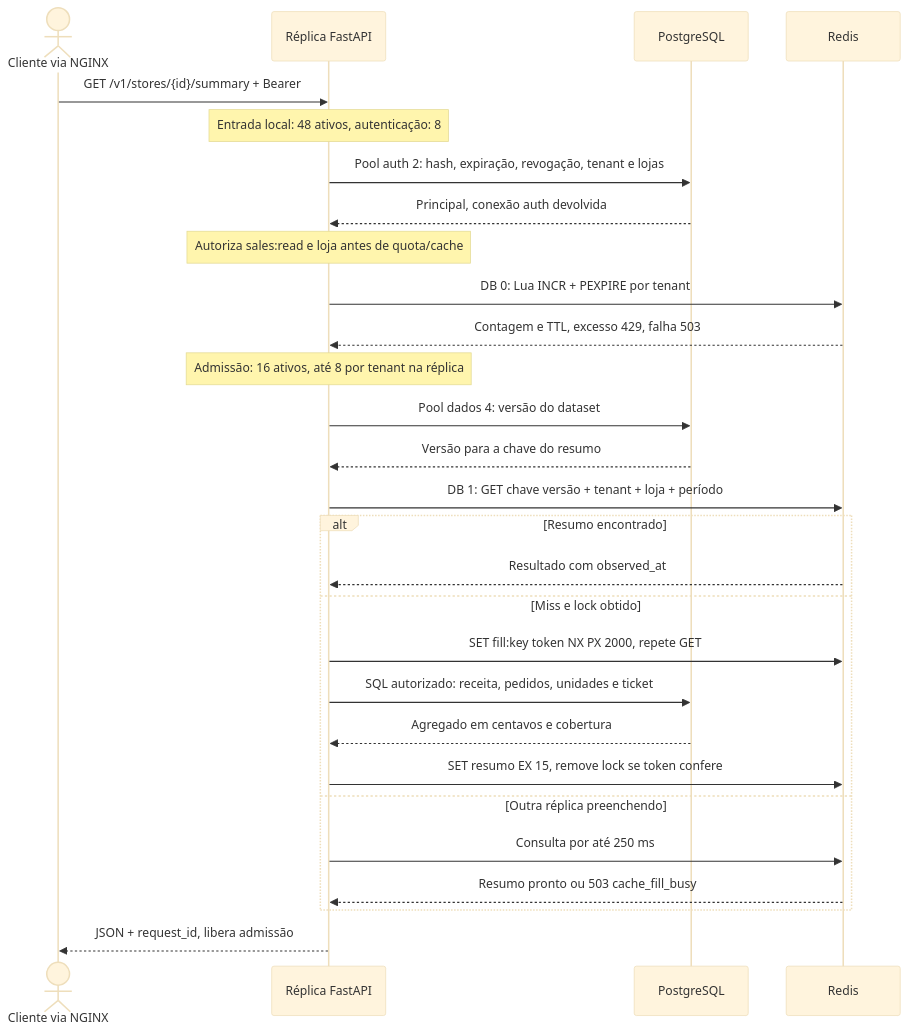
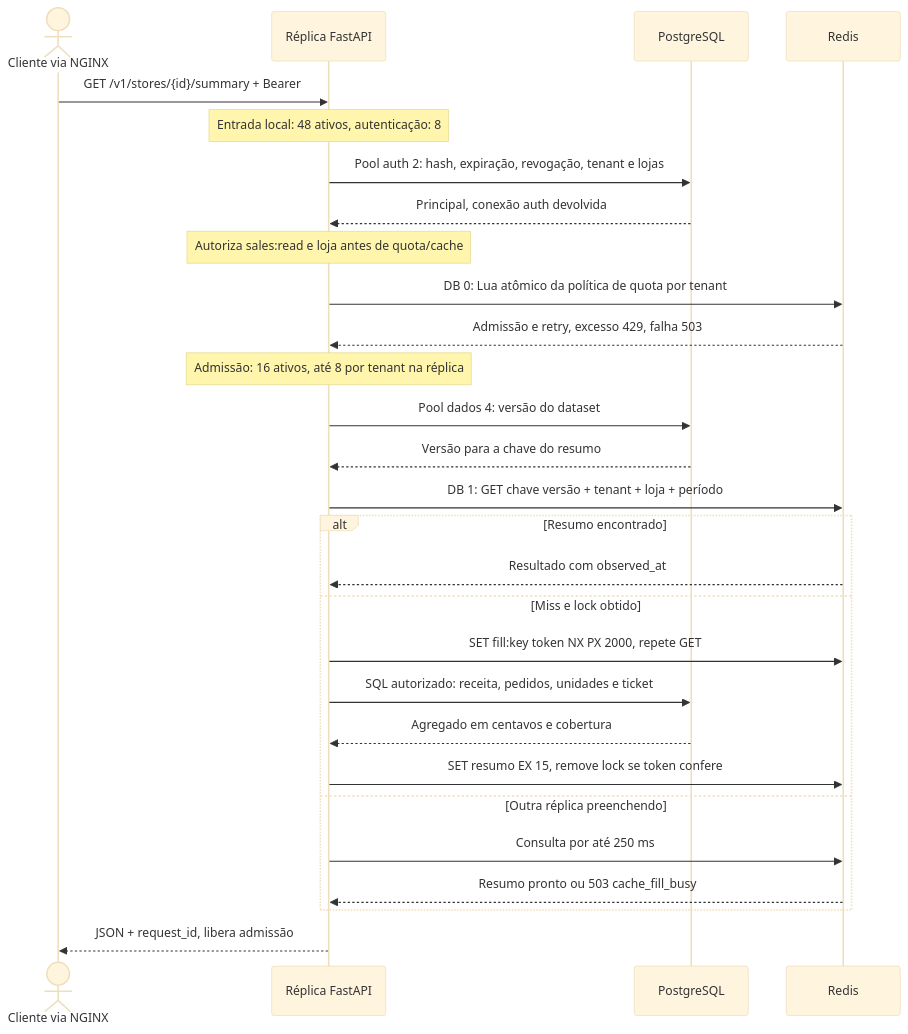
One commit to arthurjoanes/api-sentinel changed the first of 2 diagrams in docs/architecture.md. Above: the diagram before and after it, drawn with Mermaid (base theme). The commit also changed other lines of this file and 17 other files, not shown here.

````diff
--- a/docs/architecture.md
+++ b/docs/architecture.md
@@ -13,30 +13,30 @@
 ```mermaid
 sequenceDiagram
   actor C as Cliente via NGINX
   participant A as Réplica FastAPI
   participant D as PostgreSQL
   participant R as Redis
   C->>A: GET /v1/stores/{id}/summary + Bearer
   Note over A: Entrada local: 48 ativos, autenticação: 8
   A->>D: Pool auth 2: hash, expiração, revogação, tenant e lojas
   D-->>A: Principal, conexão auth devolvida
   Note over A: Autoriza sales:read e loja antes de quota/cache
-  A->>R: DB 0: Lua INCR + PEXPIRE por tenant
-  R-->>A: Contagem e TTL, excesso 429, falha 503
+  A->>R: DB 0: Lua atômico da política de quota por tenant
+  R-->>A: Admissão e retry, excesso 429, falha 503
   Note over A: Admissão: 16 ativos, até 8 por tenant na réplica
   A->>D: Pool dados 4: versão do dataset
   D-->>A: Versão para a chave do resumo
   A->>R: DB 1: GET chave versão + tenant + loja + período
   alt Resumo encontrado
     R-->>A: Resultado com observed_at
   else Miss e lock obtido
     A->>R: SET fill:key token NX PX 2000, repete GET
     A->>D: SQL autorizado: receita, pedidos, unidades e ticket
     D-->>A: Agregado em centavos e cobertura
     A->>R: SET resumo EX 15, remove lock se token confere
   else Outra réplica preenchendo
     A->>R: Consulta por até 250 ms
     R-->>A: Resumo pronto ou 503 cache_fill_busy
   end
   A-->>C: JSON + request_id, libera admissão
 ```
````
